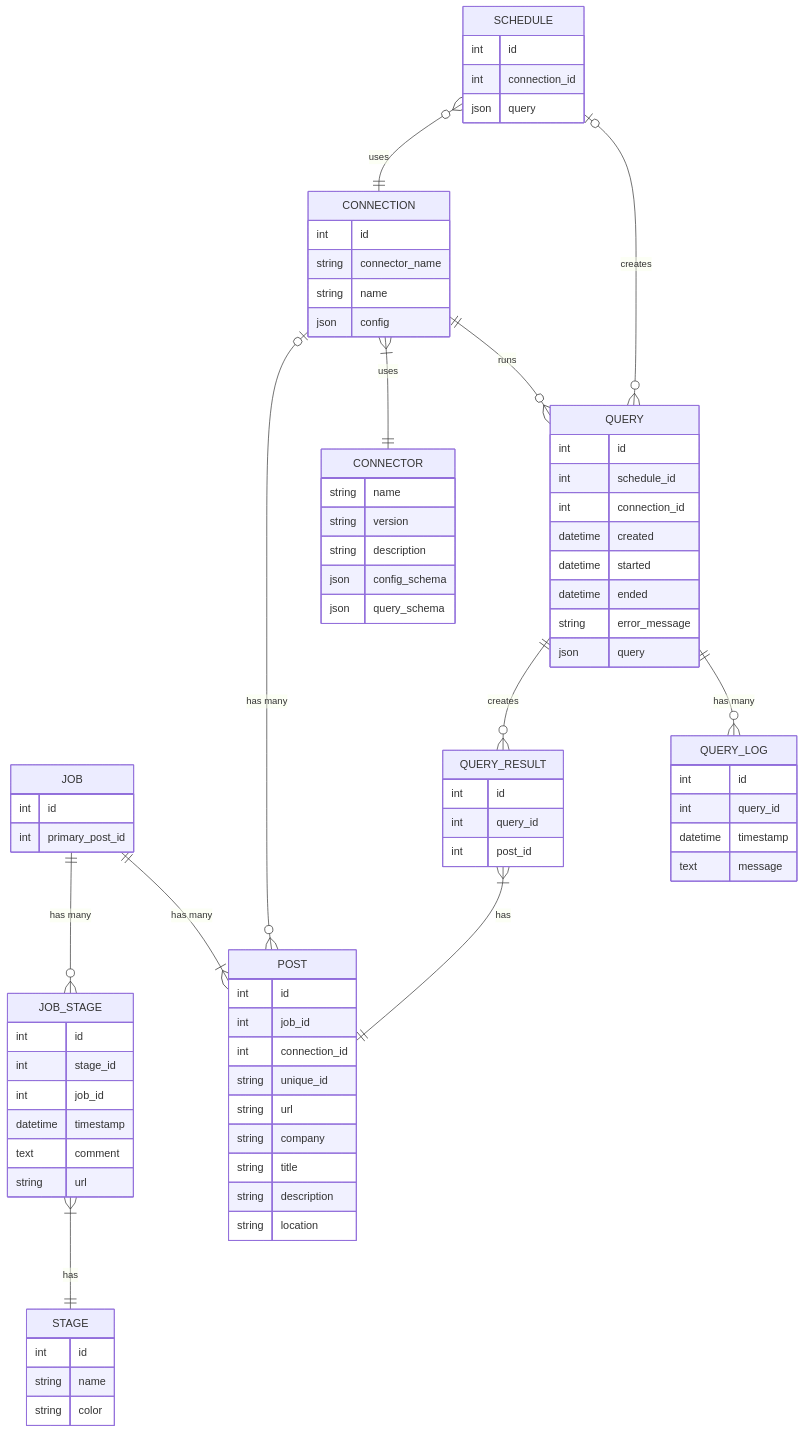
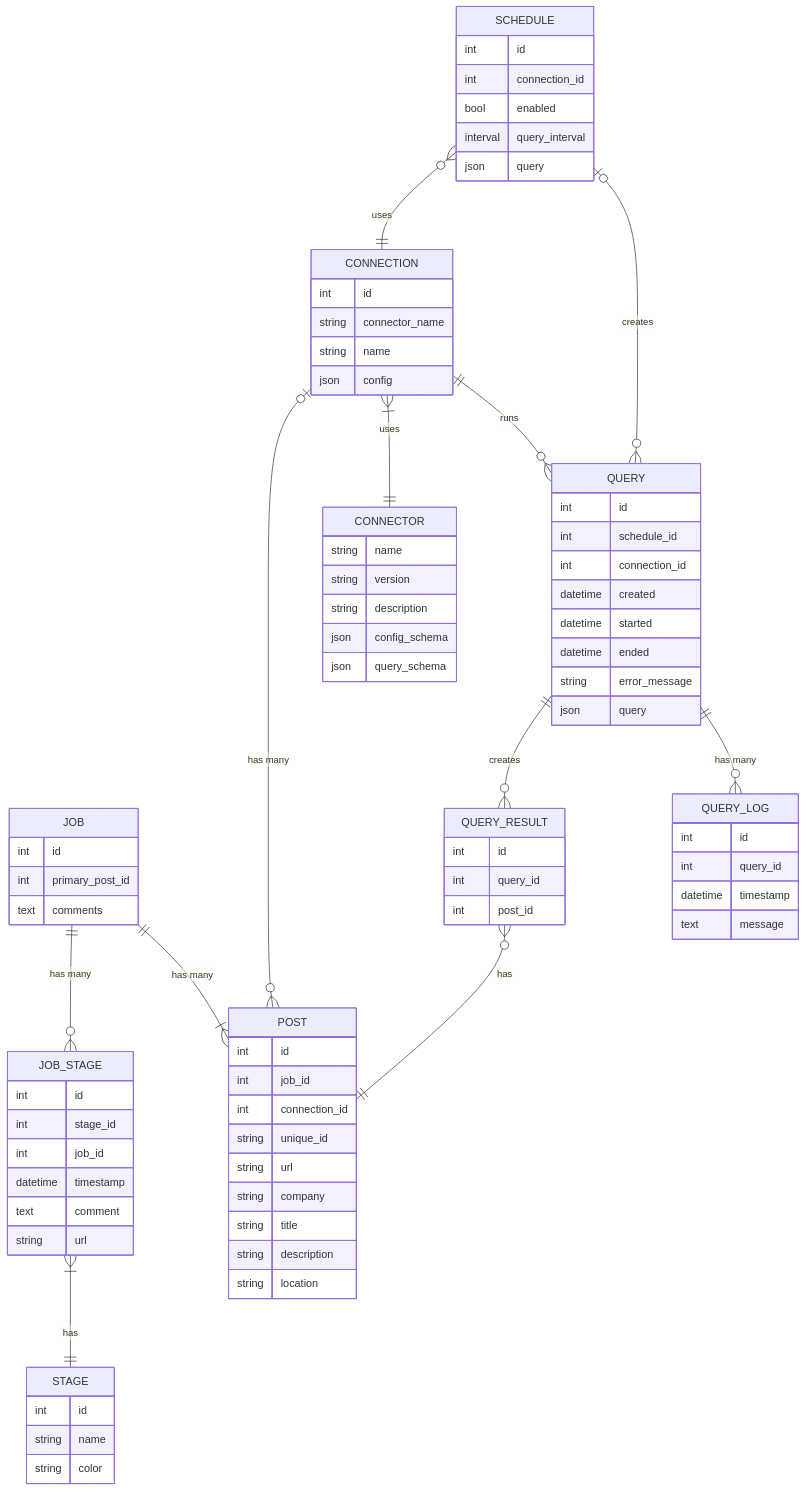
One commit to ericanastas/jobflow changed the diagram in erd.mmd. Above: the diagram before and after it, drawn with Mermaid. The commit also changed 2 other files, not shown here.

Commit message:
Updated ERD

```diff
--- a/erd.mmd
+++ b/erd.mmd
@@ -1,95 +1,98 @@
 erDiagram
    CONNECTOR {
        string name
        string version
        string description
        json config_schema
        json query_schema
    }
    CONNECTION {
        int id
        string connector_name
        string name
        json config
    }
    JOB {
        int id
        int primary_post_id
+       text comments
    }
    POST {
        int id
 
        int job_id
        int connection_id
        string unique_id
 
        string url
        string company
        string title
        string description
        string location
    }
    JOB_STAGE {
        int id
        int stage_id
        int job_id
        datetime timestamp
        text comment
        string url
    }
    STAGE {
        int id
        string name
        string color
    }
 
    QUERY {
        int id
        int schedule_id
        int connection_id
        datetime created
        datetime started
        datetime ended
        string error_message
        json query
    }
 
    QUERY_RESULT {
        int id
        int query_id
        int post_id
    }
 
    QUERY_LOG {
        int id
        int query_id
        datetime timestamp
        text message
    }
 
    SCHEDULE {
        int id
        int connection_id
+       bool enabled
+       interval query_interval
        json query
    }
 
    JOB ||--o{ JOB_STAGE : "has many"
    JOB_STAGE }|--|| STAGE : has
 
 
 
    JOB ||--|{ POST : "has many"
    CONNECTION o|--o{ POST : "has many"
    CONNECTION }|--|| CONNECTOR : uses
 
    CONNECTION ||--o{ QUERY : runs
 
    SCHEDULE }o--|| CONNECTION : uses
 
 
    SCHEDULE o|--O{ QUERY : "creates"
 
 
    QUERY ||--o{ QUERY_RESULT : creates
    QUERY ||--o{ QUERY_LOG : "has many"
-   QUERY_RESULT }|--|| POST : has
+   QUERY_RESULT }o--|| POST : has
```
